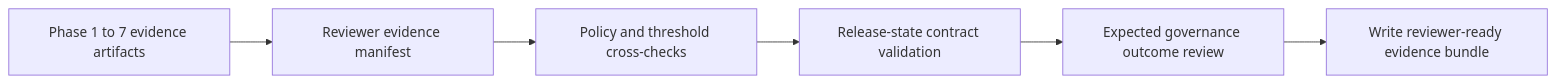
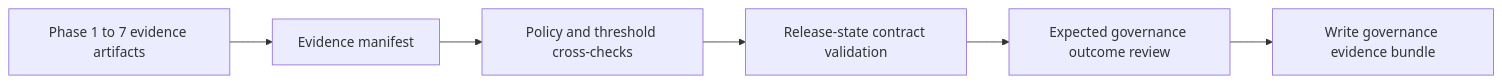
One commit to Parmodk2310/CreditScorev4-ML-Governance changed the diagram in docs/assets/diagrams/phase8-governance-evidence.mmd. Above: the diagram before and after it, drawn with Mermaid. The commit also changed 4 other files, not shown here.

Commit message:
docs: remove audience labels from architecture assets

```diff
--- a/docs/assets/diagrams/phase8-governance-evidence.mmd
+++ b/docs/assets/diagrams/phase8-governance-evidence.mmd
@@ -1,6 +1,6 @@
 flowchart LR
-    A["Phase 1 to 7 evidence artifacts"] --> B["Reviewer evidence manifest"]
+    A["Phase 1 to 7 evidence artifacts"] --> B["Evidence manifest"]
     B --> C["Policy and threshold cross-checks"]
     C --> D["Release-state contract validation"]
     D --> E["Expected governance outcome review"]
-    E --> F["Write reviewer-ready evidence bundle"]
+    E --> F["Write governance evidence bundle"]
```
